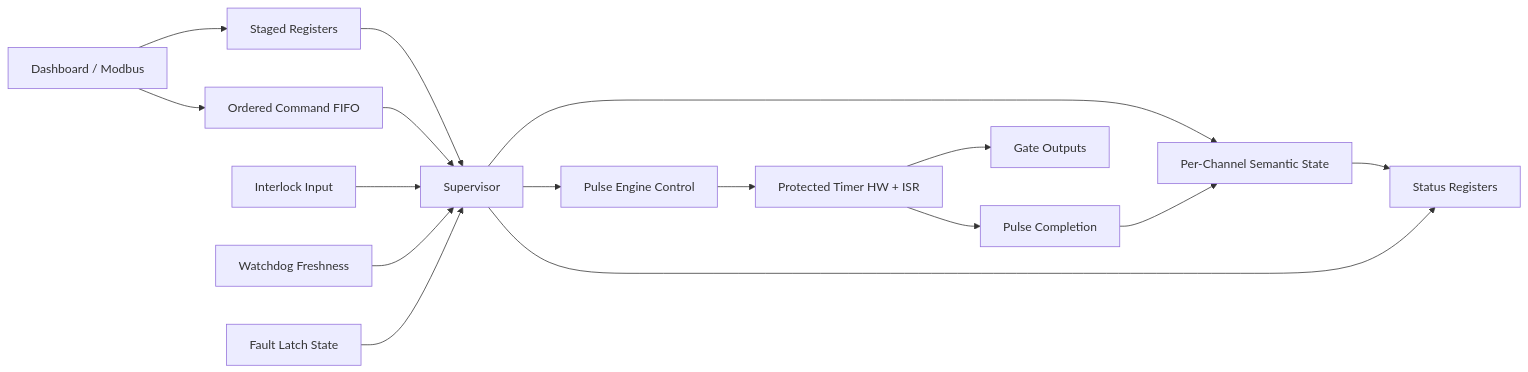
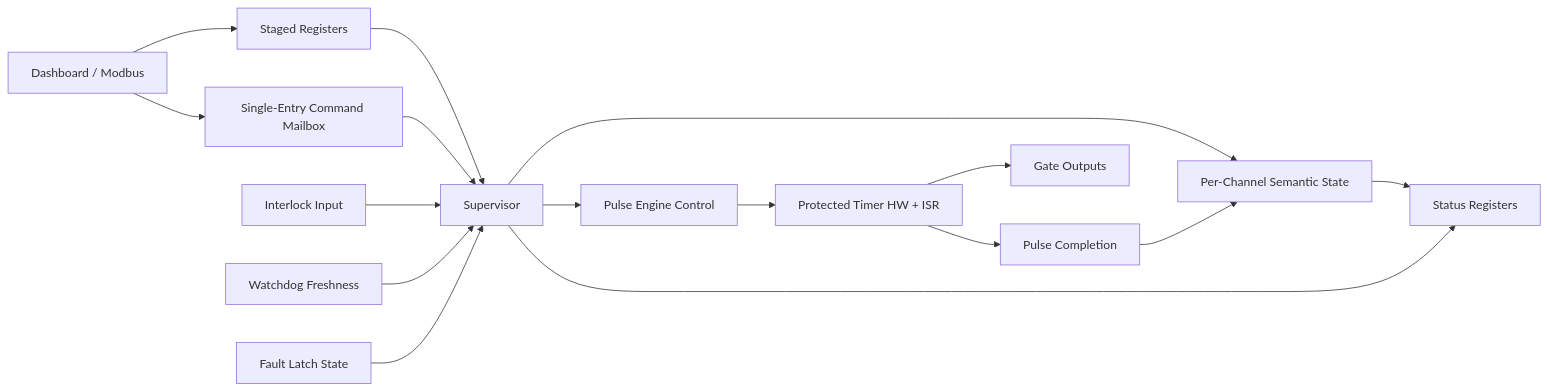
Before and after one commit to uw-loci/beam-controller: the first of 4 diagrams in README.md, drawn with Mermaid. The commit also changed other lines of this file, not shown here.

Commit message:
Update README and fixed mermaid issue

````diff
--- a/README.md
+++ b/README.md
@@ -60,23 +60,23 @@
 ```mermaid
 flowchart LR
     A[Dashboard / Modbus] --> B[Staged Registers]
-    A --> C[Ordered Command FIFO]
+    A --> C[Single-Entry Command Mailbox]
 
     B --> D[Supervisor]
     C --> D
 
     E[Interlock Input] --> D
     F[Watchdog Freshness] --> D
     G[Fault Latch State] --> D
 
     D --> H[Per-Channel Semantic State]
     D --> I[Pulse Engine Control]
 
     I --> J[Protected Timer HW + ISR]
     J --> K[Gate Outputs]
 
     J --> L[Pulse Completion]
     D --> M[Status Registers]
     H --> M
     L --> H
 ```
````
